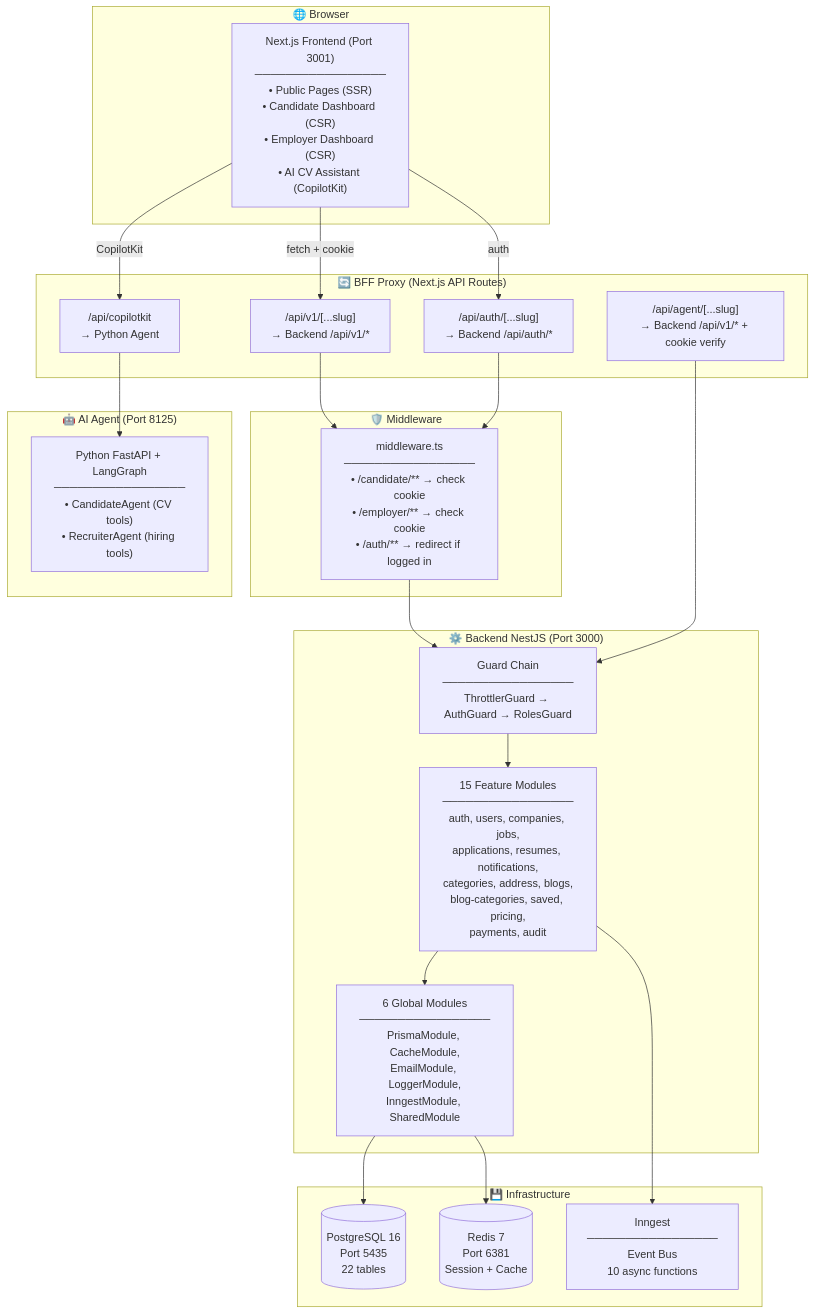
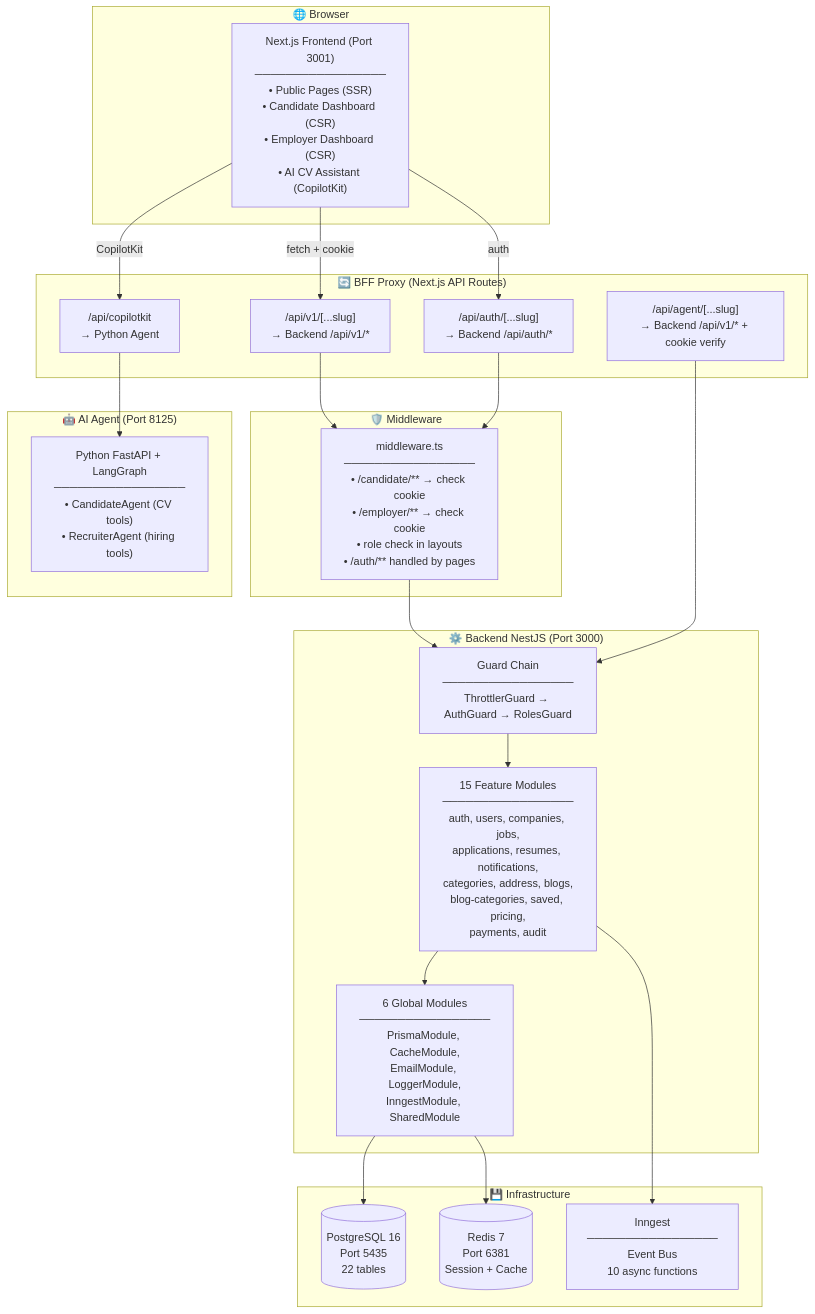
Before and after one commit to Hieuej147/job-PhuQuoc: the first of 27 diagrams in TEAM_FE_DOCUMENT.md, drawn with Mermaid. The commit also changed other lines of this file and 49 other files, not shown here.

````diff
--- a/TEAM_FE_DOCUMENT.md
+++ b/TEAM_FE_DOCUMENT.md
@@ -36,47 +36,47 @@
 ```mermaid
 graph TB
     subgraph Browser["🌐 Browser"]
         FE["Next.js Frontend (Port 3001)<br/>─────────────────<br/>• Public Pages (SSR)<br/>• Candidate Dashboard (CSR)<br/>• Employer Dashboard (CSR)<br/>• AI CV Assistant (CopilotKit)"]
     end
 
     subgraph BFF["🔄 BFF Proxy (Next.js API Routes)"]
         V1["/api/v1/[...slug]<br/>→ Backend /api/v1/*"]
         AUTH["/api/auth/[...slug]<br/>→ Backend /api/auth/*"]
         AGENT["/api/agent/[...slug]<br/>→ Backend /api/v1/* + cookie verify"]
         CK["/api/copilotkit<br/>→ Python Agent"]
     end
 
     subgraph MW["🛡️ Middleware"]
-        MID["middleware.ts<br/>─────────────────<br/>• /candidate/** → check cookie<br/>• /employer/** → check cookie<br/>• /auth/** → redirect if logged in"]
+        MID["middleware.ts<br/>─────────────────<br/>• /candidate/** → check cookie<br/>• /employer/** → check cookie<br/>• role check in layouts<br/>• /auth/** handled by pages"]
     end
 
     subgraph BE["⚙️ Backend NestJS (Port 3000)"]
         GUARD["Guard Chain<br/>─────────────────<br/>ThrottlerGuard → AuthGuard → RolesGuard"]
         MOD["15 Feature Modules<br/>─────────────────<br/>auth, users, companies, jobs,<br/>applications, resumes, notifications,<br/>categories, address, blogs,<br/>blog-categories, saved, pricing,<br/>payments, audit"]
         INFRA["6 Global Modules<br/>─────────────────<br/>PrismaModule, CacheModule,<br/>EmailModule, LoggerModule,<br/>InngestModule, SharedModule"]
     end
 
     subgraph Agent["🤖 AI Agent (Port 8125)"]
         PY["Python FastAPI + LangGraph<br/>─────────────────<br/>• CandidateAgent (CV tools)<br/>• RecruiterAgent (hiring tools)"]
     end
 
     subgraph DB["💾 Infrastructure"]
         PG[("PostgreSQL 16<br/>Port 5435<br/>22 tables")]
         RD[("Redis 7<br/>Port 6381<br/>Session + Cache")]
         ING["Inngest<br/>─────────────────<br/>Event Bus<br/>10 async functions"]
     end
 
     FE -->|"fetch + cookie"| V1
     FE -->|"auth"| AUTH
     FE -->|"CopilotKit"| CK
     V1 --> MID
     AUTH --> MID
     MID --> GUARD
     GUARD --> MOD
     MOD --> INFRA
     INFRA --> PG
     INFRA --> RD
     MOD --> ING
     CK --> PY
     AGENT --> GUARD
 ```
````
